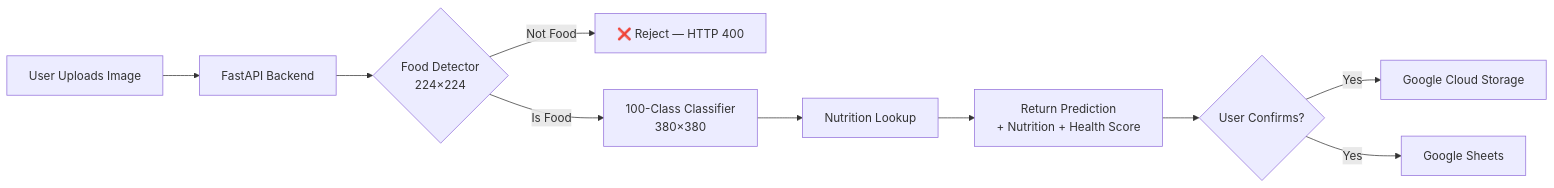
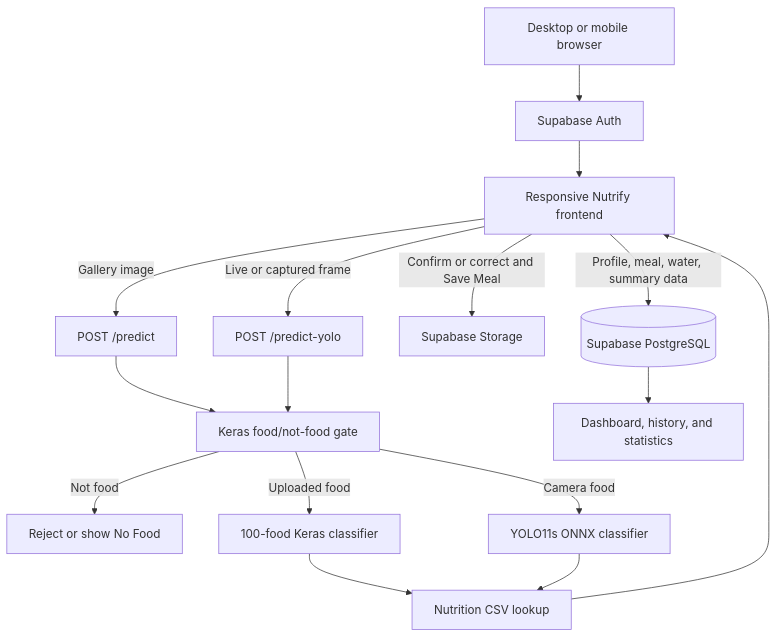
Before and after one commit to PaingLinHtike/Nutrify: the diagram in README.md, drawn with Mermaid. The commit also changed other lines of this file, not shown here.

````diff
--- a/README.md
+++ b/README.md
@@ -28,12 +80,18 @@
 ```mermaid
-flowchart LR
-    A[User Uploads Image] --> B[FastAPI Backend]
-    B --> C{Food Detector<br/>224×224}
-    C -->|Not Food| D[❌ Reject — HTTP 400]
-    C -->|Is Food| E[100-Class Classifier<br/>380×380]
-    E --> F[Nutrition Lookup]
-    F --> G[Return Prediction<br/>+ Nutrition + Health Score]
-    G --> H{User Confirms?}
-    H -->|Yes| I[Google Cloud Storage]
-    H -->|Yes| J[Google Sheets]
+flowchart TD
+    U[Desktop or mobile browser] --> A[Supabase Auth]
+    A --> UI[Responsive Nutrify frontend]
+    UI -->|Gallery image| P[POST /predict]
+    UI -->|Live or captured frame| Y[POST /predict-yolo]
+    P --> G[Keras food/not-food gate]
+    Y --> G
+    G -->|Not food| R[Reject or show No Food]
+    G -->|Uploaded food| K[100-food Keras classifier]
+    G -->|Camera food| O[YOLO11s ONNX classifier]
+    K --> N[Nutrition CSV lookup]
+    O --> N
+    N --> UI
+    UI -->|Confirm or correct and Save Meal| S[Supabase Storage]
+    UI -->|Profile, meal, water, summary data| D[(Supabase PostgreSQL)]
+    D --> H[Dashboard, history, and statistics]
 ```
````
